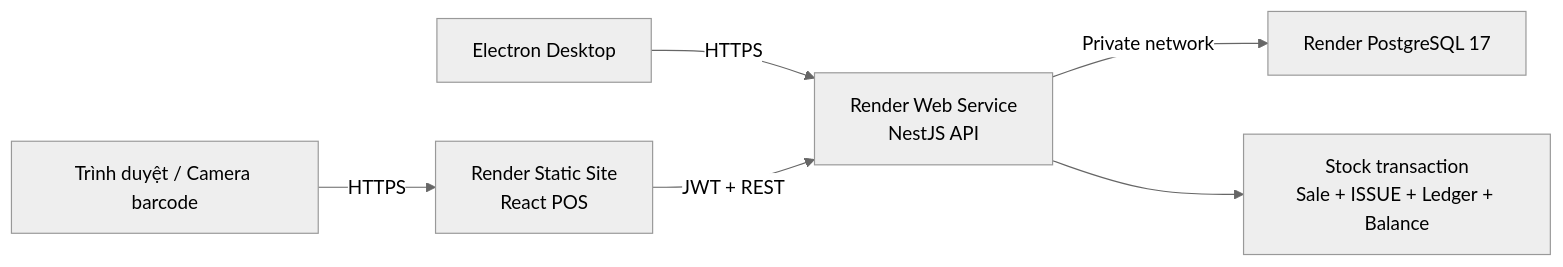
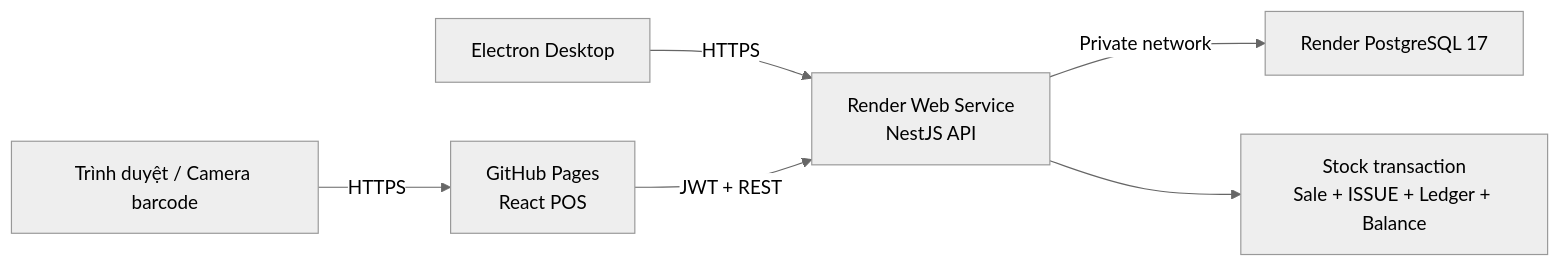
Before and after one commit to tuyen12081707/inventory-desktop-suite-source: the diagram in docs/DEPLOYMENT.md, drawn with Mermaid (neutral theme). The commit also changed other lines of this file and 5 other files, not shown here.

Commit message:
ci: deploy public web app to GitHub Pages

````diff
--- a/docs/DEPLOYMENT.md
+++ b/docs/DEPLOYMENT.md
@@ -5,8 +5,8 @@
 ```mermaid
 flowchart LR
-  U["Trình duyệt / Camera barcode"] -->|HTTPS| W["Render Static Site\nReact POS"]
+  U["Trình duyệt / Camera barcode"] -->|HTTPS| W["GitHub Pages\nReact POS"]
   D["Electron Desktop"] -->|HTTPS| A["Render Web Service\nNestJS API"]
   W -->|JWT + REST| A
   A -->|Private network| P["Render PostgreSQL 17"]
   A --> T["Stock transaction\nSale + ISSUE + Ledger + Balance"]
 ```
````
